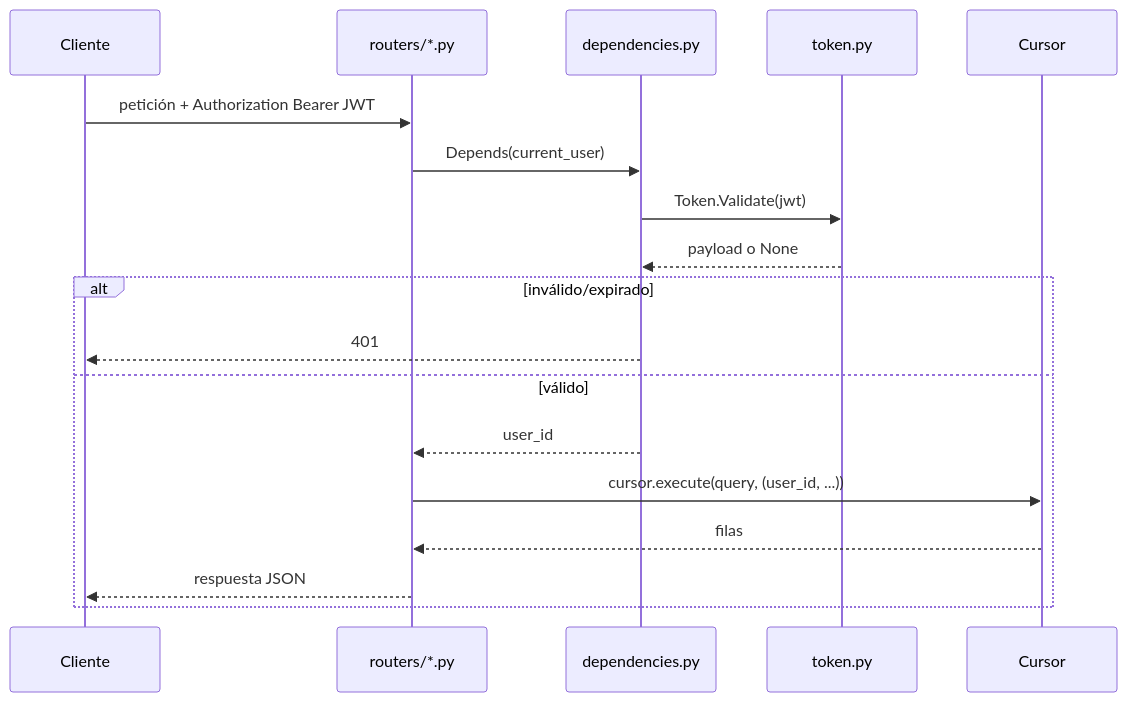
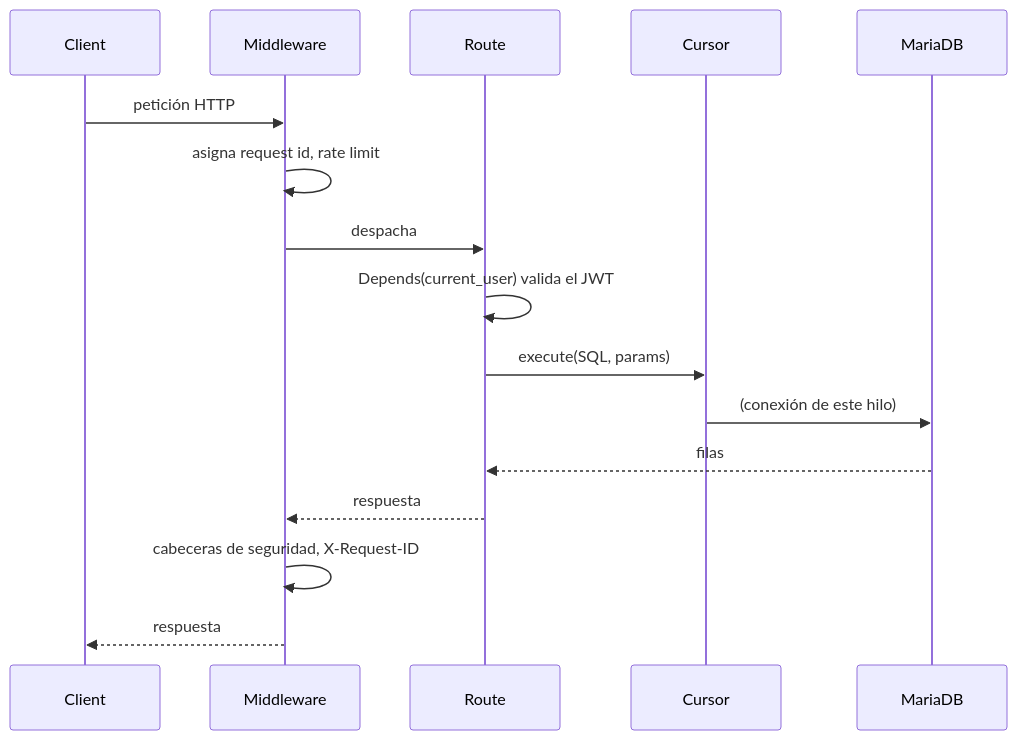
The diagram in docs/es/backend/architecture.md (skellent/iOS-compiler), drawn with Mermaid before and after one commit. The commit also changed other lines of this file and 25 other files, not shown here.

````diff
--- a/docs/es/backend/architecture.md
+++ b/docs/es/backend/architecture.md
@@ -40,21 +32,19 @@
 ```mermaid
 sequenceDiagram
-    participant Cliente
-    participant Router as routers/*.py
-    participant Dep as dependencies.py
-    participant Token as token.py
-    participant DB as Cursor
+    participant Client
+    participant MW as Middleware
+    participant Route
+    participant Cursor
+    participant DB as MariaDB
 
-    Cliente->>Router: petición + Authorization Bearer JWT
-    Router->>Dep: Depends(current_user)
-    Dep->>Token: Token.Validate(jwt)
-    Token-->>Dep: payload o None
-    alt inválido/expirado
-        Dep-->>Cliente: 401
-    else válido
-        Dep-->>Router: user_id
-        Router->>DB: cursor.execute(query, (user_id, ...))
-        DB-->>Router: filas
-        Router-->>Cliente: respuesta JSON
-    end
+    Client->>MW: petición HTTP
+    MW->>MW: asigna request id, rate limit
+    MW->>Route: despacha
+    Route->>Route: Depends(current_user) valida el JWT
+    Route->>Cursor: execute(SQL, params)
+    Cursor->>DB: (conexión de este hilo)
+    DB-->>Route: filas
+    Route-->>MW: respuesta
+    MW->>MW: cabeceras de seguridad, X-Request-ID
+    MW-->>Client: respuesta
 ```
````
